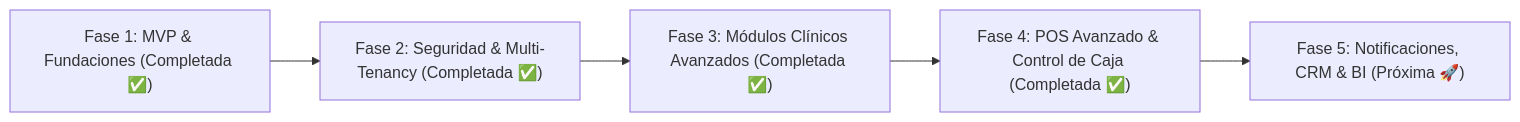
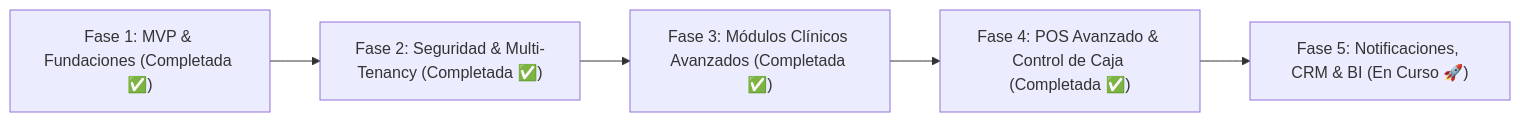
Before and after one commit to altusmarketingdigital-mx/Sistema-Veterinario---Altus-PetCloud: the diagram in PLAN_DE_DESARROLLO.md, drawn with Mermaid. The commit also changed other lines of this file, not shown here.

````diff
--- a/PLAN_DE_DESARROLLO.md
+++ b/PLAN_DE_DESARROLLO.md
@@ -10,7 +10,7 @@
 ```mermaid
 flowchart LR
     A["Fase 1: MVP & Fundaciones (Completada ✅)"] --> B["Fase 2: Seguridad & Multi-Tenancy (Completada ✅)"]
     B --> C["Fase 3: Módulos Clínicos Avanzados (Completada ✅)"]
     C --> D["Fase 4: POS Avanzado & Control de Caja (Completada ✅)"]
-    D --> E["Fase 5: Notificaciones, CRM & BI (Próxima 🚀)"]
+    D --> E["Fase 5: Notificaciones, CRM & BI (En Curso 🚀)"]
 ```
````
